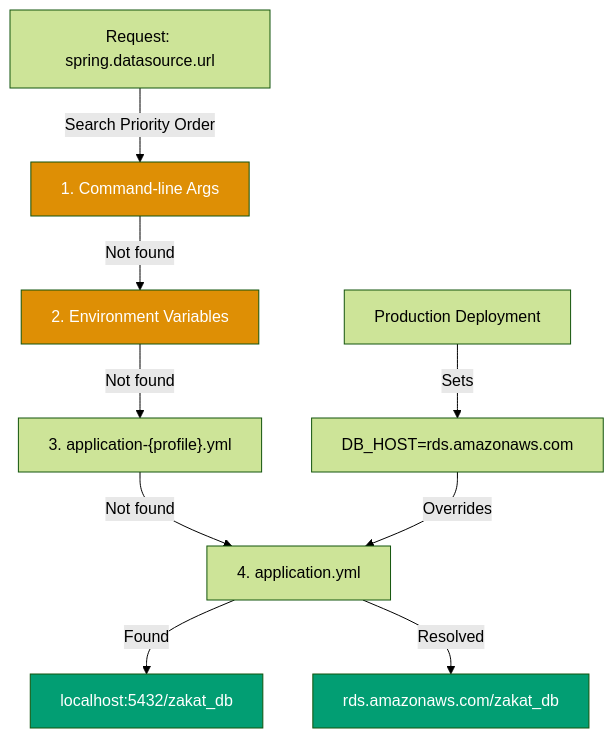
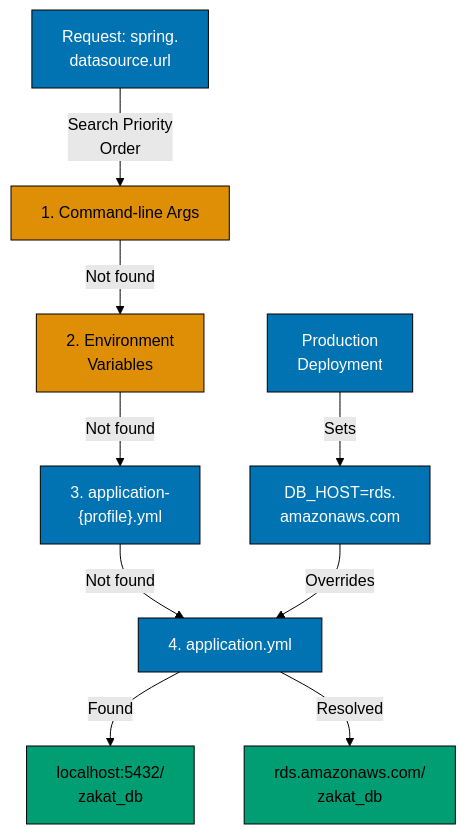
One commit to wahidyankf/ose-public changed the diagram in apps/ayokoding-www/content/en/learn/legacy/software-engineering/platforms/web/tools/jvm-spring-boot/in-the-field/application-properties.md. Above: the diagram before and after it, drawn with Mermaid (forest theme). The commit also changed 130 other files, not shown here.

First line of the commit message:
fix(mermaid): bring the legacy platforms diagrams onto the accessible palette

````diff
--- a/apps/ayokoding-www/content/en/learn/legacy/software-engineering/platforms/web/tools/jvm-spring-boot/in-the-field/application-properties.md
+++ b/apps/ayokoding-www/content/en/learn/legacy/software-engineering/platforms/web/tools/jvm-spring-boot/in-the-field/application-properties.md
@@ -127,17 +127,22 @@
 ```mermaid
 graph TD
-    A["Request: spring.datasource.url"] -->|"Search Priority Order"| B["1. Command-line Args"]
-    B -->|"Not found"| C["2. Environment Variables"]
-    C -->|"Not found"| D["3. application-{profile}.yml"]
+    accTitle: => Custom application properties: zakat calculation configuration
+    accDescr: Graph with 9 nodes and 8 connections. Nodes: Request: spring. datasource.url, 1. Command-line Args, 2. Environment Variables, 3. application- profile.yml, 4. application.yml, localhost:5432/ zakat_db, Production Deployment, DB_HOST=rds. amazonaws.com, rds.amazonaws.com/ zakat_db. Connections: Request: spring. datasource.url to 1. Command-line Args (Search Priority Order), 1. Command-line Args to 2. Environment Variables (Not found), 2. Environment Variables to 3. application- profile.yml (Not found), 3. application- profile.yml to 4. application.yml (Not found), 4. application.yml to localhost:5432/ zakat_db (Found), Production Deployment to DB_HOST=rds. amazonaws.com (Sets), DB_HOST=rds. amazonaws.com to 4. application.yml (Overrides), 4. application.yml to rds.amazonaws.com/ zakat_db (Resolved).
+    A["Request: spring.<br/>datasource.url"] -->|"Search Priority<br/>Order"| B["1. Command-line Args"]
+    B -->|"Not found"| C["2. Environment<br/>Variables"]
+    C -->|"Not found"| D["3. application-<br/>{profile}.yml"]
     D -->|"Not found"| E["4. application.yml"]
-    E -->|"Found"| F["localhost:5432/zakat_db"]
+    E -->|"Found"| F["localhost:5432/<br/>zakat_db"]
 
-    G["Production Deployment"] -->|"Sets"| H["DB_HOST=rds.amazonaws.com"]
+    G["Production<br/>Deployment"] -->|"Sets"| H["DB_HOST=rds.<br/>amazonaws.com"]
     H -->|"Overrides"| E
-    E -->|"Resolved"| I["rds.amazonaws.com/zakat_db"]
+    E -->|"Resolved"| I["rds.amazonaws.com/<br/>zakat_db"]
 
-    style B fill:#DE8F05,color:#fff
-    style C fill:#DE8F05,color:#fff
-    style F fill:#029E73,color:#fff
-    style I fill:#029E73,color:#fff
+    classDef pal-DE8F05 fill:#DE8F05,stroke:#000000,color:#000000
+    class B pal-DE8F05
+    class C pal-DE8F05
+    classDef pal-029E73 fill:#029E73,stroke:#000000,color:#000000
+    class F pal-029E73
+    class I pal-029E73
+    classDef default fill:#0173B2,stroke:#000000,color:#FFFFFF
 ```
````
